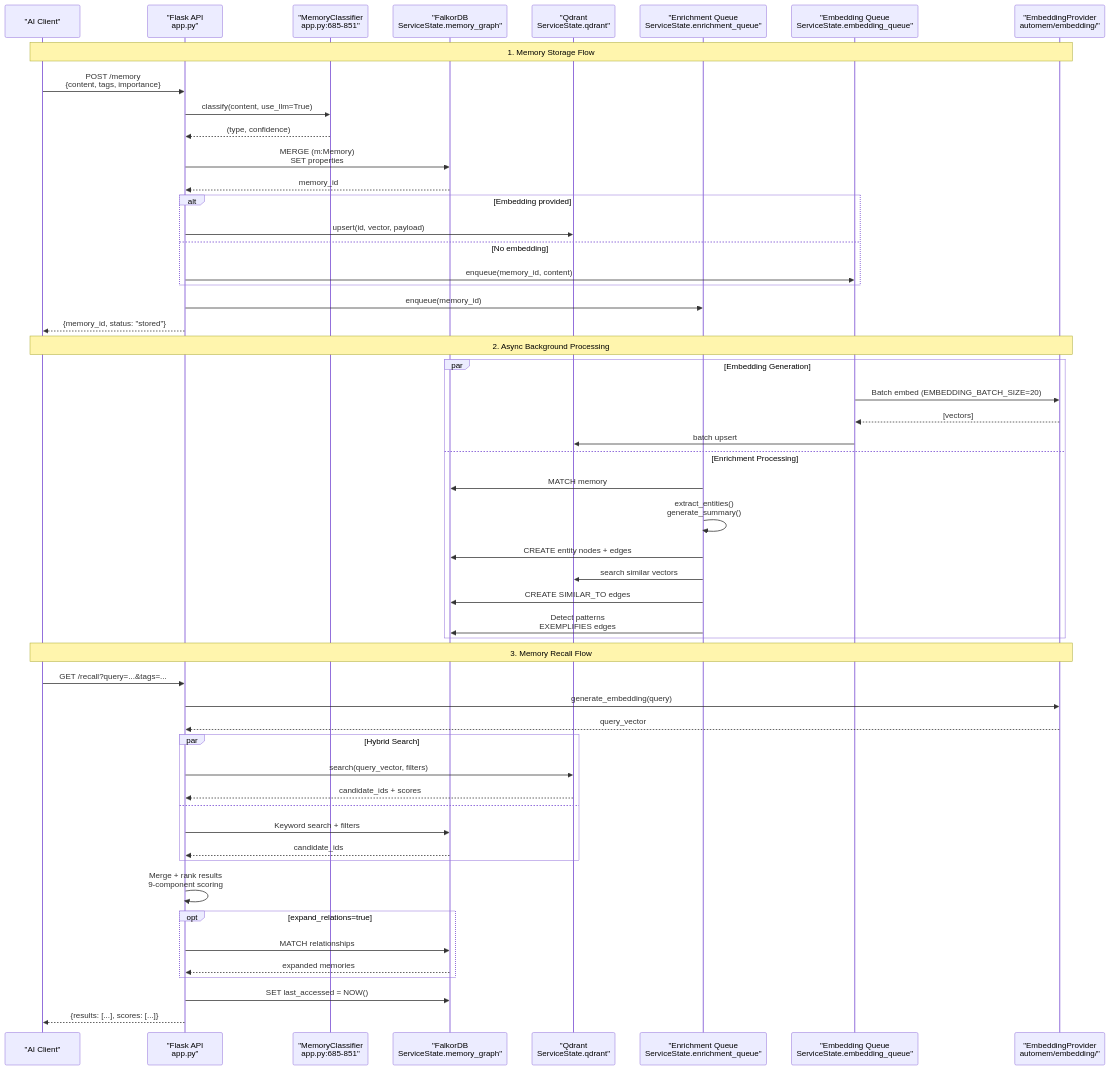
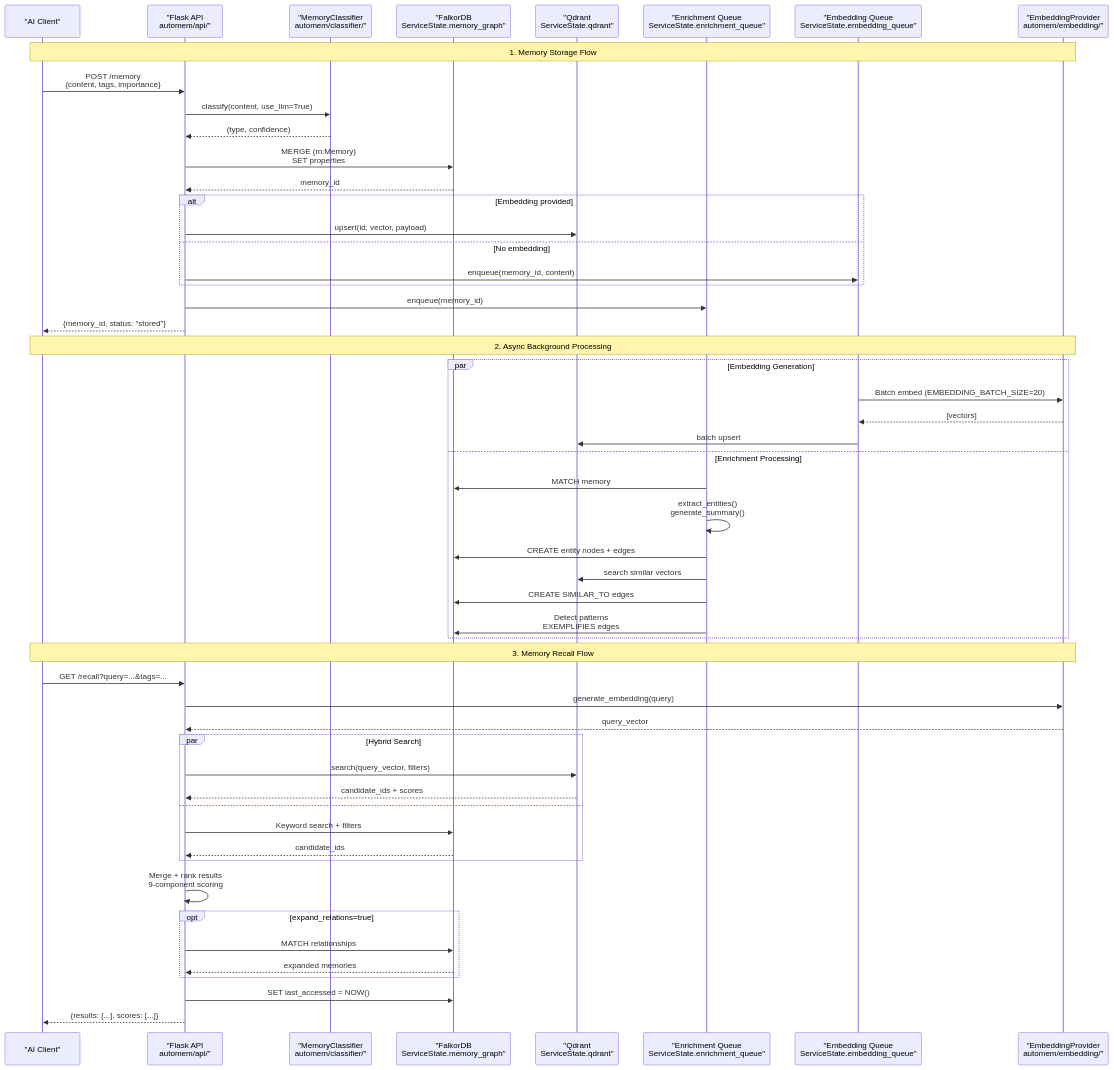
Before and after one commit to verygoodplugins/automem-website: the fourth of 6 diagrams in src/content/docs/docs/overview.md, drawn with Mermaid. The commit also changed other lines of this file and 2 other files, not shown here.

````diff
--- a/src/content/docs/docs/overview.md
+++ b/src/content/docs/docs/overview.md
@@ -237,70 +237,70 @@
 ```mermaid
 sequenceDiagram
     participant Client as "AI Client"
-    participant API as "Flask API<br/>app.py"
-    participant Classifier as "MemoryClassifier<br/>app.py:685-851"
+    participant API as "Flask API<br/>automem/api/"
+    participant Classifier as "MemoryClassifier<br/>automem/classifier/"
     participant Graph as "FalkorDB<br/>ServiceState.memory_graph"
     participant Vector as "Qdrant<br/>ServiceState.qdrant"
     participant EnrichQ as "Enrichment Queue<br/>ServiceState.enrichment_queue"
     participant EmbedQ as "Embedding Queue<br/>ServiceState.embedding_queue"
     participant Provider as "EmbeddingProvider<br/>automem/embedding/"
 
     Note over Client,Provider: 1. Memory Storage Flow
 
     Client->>API: POST /memory<br/>{content, tags, importance}
 
     API->>Classifier: classify(content, use_llm=True)
     Classifier-->>API: (type, confidence)
 
     API->>Graph: MERGE (m:Memory)<br/>SET properties
     Graph-->>API: memory_id
 
     alt Embedding provided
         API->>Vector: upsert(id, vector, payload)
     else No embedding
         API->>EmbedQ: enqueue(memory_id, content)
     end
 
     API->>EnrichQ: enqueue(memory_id)
     API-->>Client: {memory_id, status: "stored"}
 
     Note over Client,Provider: 2. Async Background Processing
 
     par Embedding Generation
         EmbedQ->>Provider: Batch embed (EMBEDDING_BATCH_SIZE=20)
         Provider-->>EmbedQ: [vectors]
         EmbedQ->>Vector: batch upsert
     and Enrichment Processing
         EnrichQ->>Graph: MATCH memory
         EnrichQ->>EnrichQ: extract_entities()<br/>generate_summary()
         EnrichQ->>Graph: CREATE entity nodes + edges
         EnrichQ->>Vector: search similar vectors
         EnrichQ->>Graph: CREATE SIMILAR_TO edges
         EnrichQ->>Graph: Detect patterns<br/>EXEMPLIFIES edges
     end
 
     Note over Client,Provider: 3. Memory Recall Flow
 
     Client->>API: GET /recall?query=...&tags=...
 
     API->>Provider: generate_embedding(query)
     Provider-->>API: query_vector
 
     par Hybrid Search
         API->>Vector: search(query_vector, filters)
         Vector-->>API: candidate_ids + scores
     and
         API->>Graph: Keyword search + filters
         Graph-->>API: candidate_ids
     end
 
     API->>API: Merge + rank results<br/>9-component scoring
 
     opt expand_relations=true
         API->>Graph: MATCH relationships
         Graph-->>API: expanded memories
     end
 
     API->>Graph: SET last_accessed = NOW()
     API-->>Client: {results: [...], scores: [...]}
 ```
````
